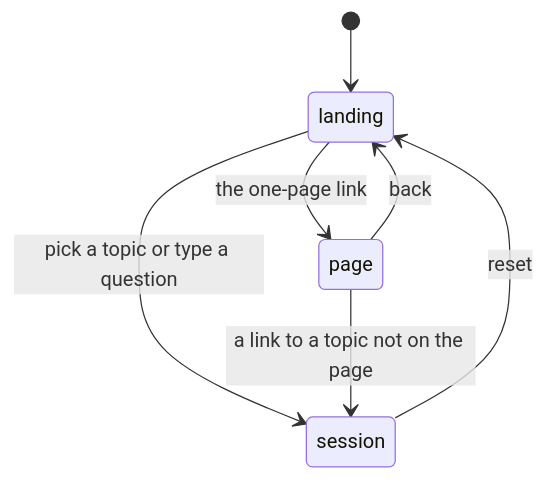
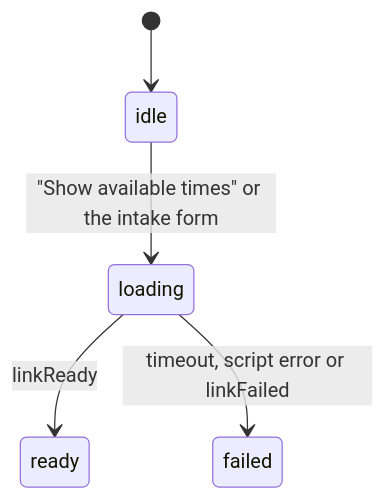
Before and after one commit to Rwb3n/rwb3n.github.io: the diagram in _model/current/state.md, drawn with Mermaid. The commit also changed other lines of this file and 135 other files, not shown here.

First line of the commit message:
Phase 3: the site becomes one page that ends at a booked call

````diff
--- a/_model/current/state.md
+++ b/_model/current/state.md
@@ -7,9 +5,7 @@
 ```mermaid
 stateDiagram-v2
-  [*] --> landing
-  landing --> session: pick a topic or type a question
-  session --> landing: reset
-  landing --> page: the one-page link
-  page --> session: a link to a topic not on the page
-  page --> landing: back
+  [*] --> idle
+  idle --> loading: "Show available times" or the intake form
+  loading --> ready: linkReady
+  loading --> failed: timeout, script error or linkFailed
 ```
````
